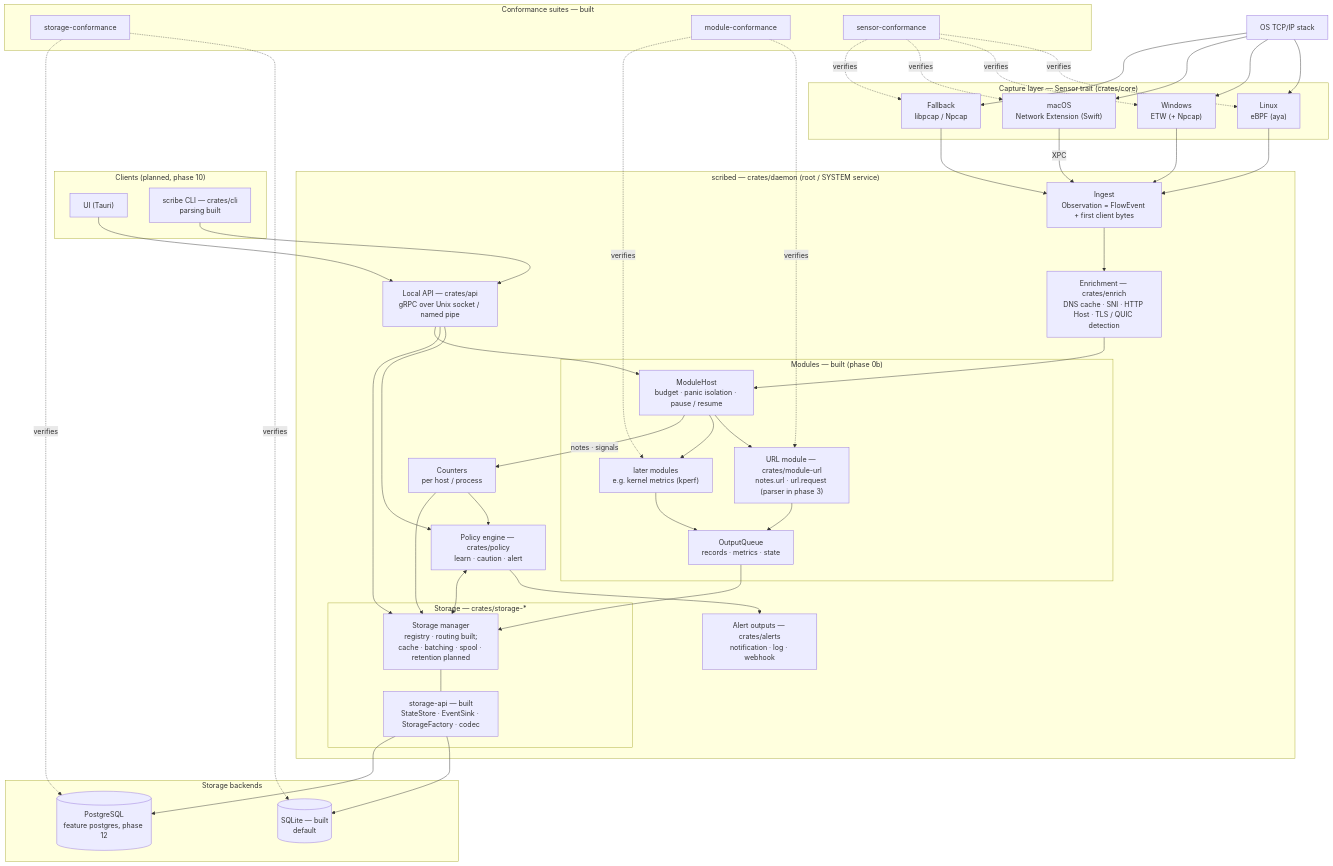
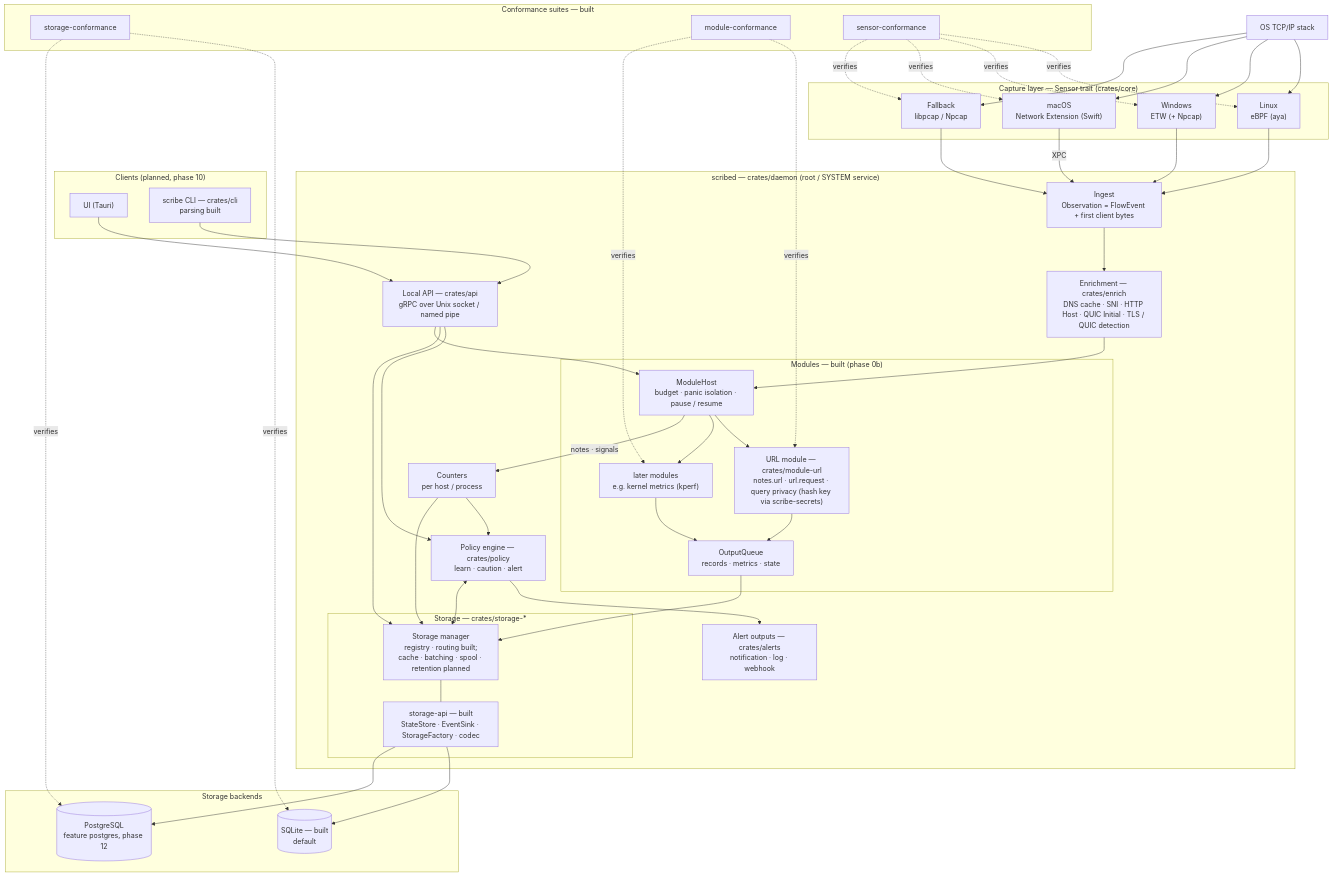
One commit to savex/scribe changed the first of 8 diagrams in workfiles/diagram.md. Above: the diagram before and after it, drawn with Mermaid. The commit also changed 13 other files, not shown here.

Commit message:
Phase 3 step 8: fixtures end to end and documents for enrichment

````diff
--- a/workfiles/diagram.md
+++ b/workfiles/diagram.md
@@ -20,70 +20,70 @@
 ```mermaid
 flowchart TB
     subgraph clients["Clients (planned, phase 10)"]
         ui["UI (Tauri)"]
         cli["scribe CLI — crates/cli<br/>parsing built"]
     end
 
     subgraph daemon["scribed — crates/daemon (root / SYSTEM service)"]
         api["Local API — crates/api<br/>gRPC over Unix socket / named pipe"]
         ingest["Ingest<br/>Observation = FlowEvent + first client bytes"]
-        enrich["Enrichment — crates/enrich<br/>DNS cache · SNI · HTTP Host · TLS / QUIC detection"]
+        enrich["Enrichment — crates/enrich<br/>DNS cache · SNI · HTTP Host · QUIC Initial · TLS / QUIC detection"]
         subgraph mods["Modules — built (phase 0b)"]
             host["ModuleHost<br/>budget · panic isolation · pause / resume"]
-            url["URL module — crates/module-url<br/>notes.url · url.request (parser in phase 3)"]
+            url["URL module — crates/module-url<br/>notes.url · url.request · query privacy (hash key via scribe-secrets)"]
             later["later modules<br/>e.g. kernel metrics (kperf)"]
             queue["OutputQueue<br/>records · metrics · state"]
         end
         agg["Counters<br/>per host / process"]
         policy["Policy engine — crates/policy<br/>learn · caution · alert"]
         alerts["Alert outputs — crates/alerts<br/>notification · log · webhook"]
 
         subgraph storage["Storage — crates/storage-*"]
             manager["Storage manager<br/>registry · routing built;<br/>cache · batching · spool · retention planned"]
             api_traits["storage-api — built<br/>StateStore · EventSink · StorageFactory · codec"]
         end
     end
 
     subgraph backends["Storage backends"]
         sqlite[("SQLite — built<br/>default")]
         pg[("PostgreSQL<br/>feature postgres, phase 12")]
     end
 
     subgraph conformance["Conformance suites — built"]
         sconf["storage-conformance"]
         mconf["module-conformance"]
         snconf["sensor-conformance"]
     end
 
     subgraph sensors["Capture layer — Sensor trait (crates/core)"]
         linux["Linux<br/>eBPF (aya)"]
         win["Windows<br/>ETW (+ Npcap)"]
         mac["macOS<br/>Network Extension (Swift)"]
         pcap["Fallback<br/>libpcap / Npcap"]
     end
 
     kernel["OS TCP/IP stack"]
 
     ui --> api
     cli --> api
     api --> policy
     api --> manager
     api --> host
 
     kernel --> linux & win & mac & pcap
     linux & win & pcap --> ingest
     mac -- XPC --> ingest
 
     ingest --> enrich --> host
     host --> url & later
     host -- notes · signals --> agg --> policy
     url & later --> queue --> manager
     policy --> alerts
     policy <--> manager
     agg --> manager
     manager --- api_traits
     api_traits --> sqlite & pg
     sconf -. verifies .-> sqlite & pg
     mconf -. verifies .-> url & later
     snconf -. verifies .-> linux & win & mac & pcap
 ```
````
